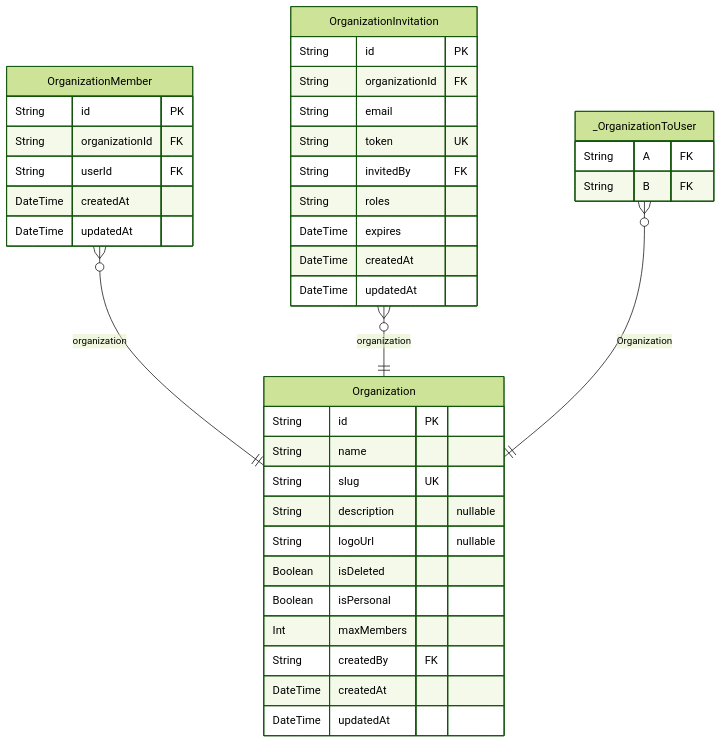
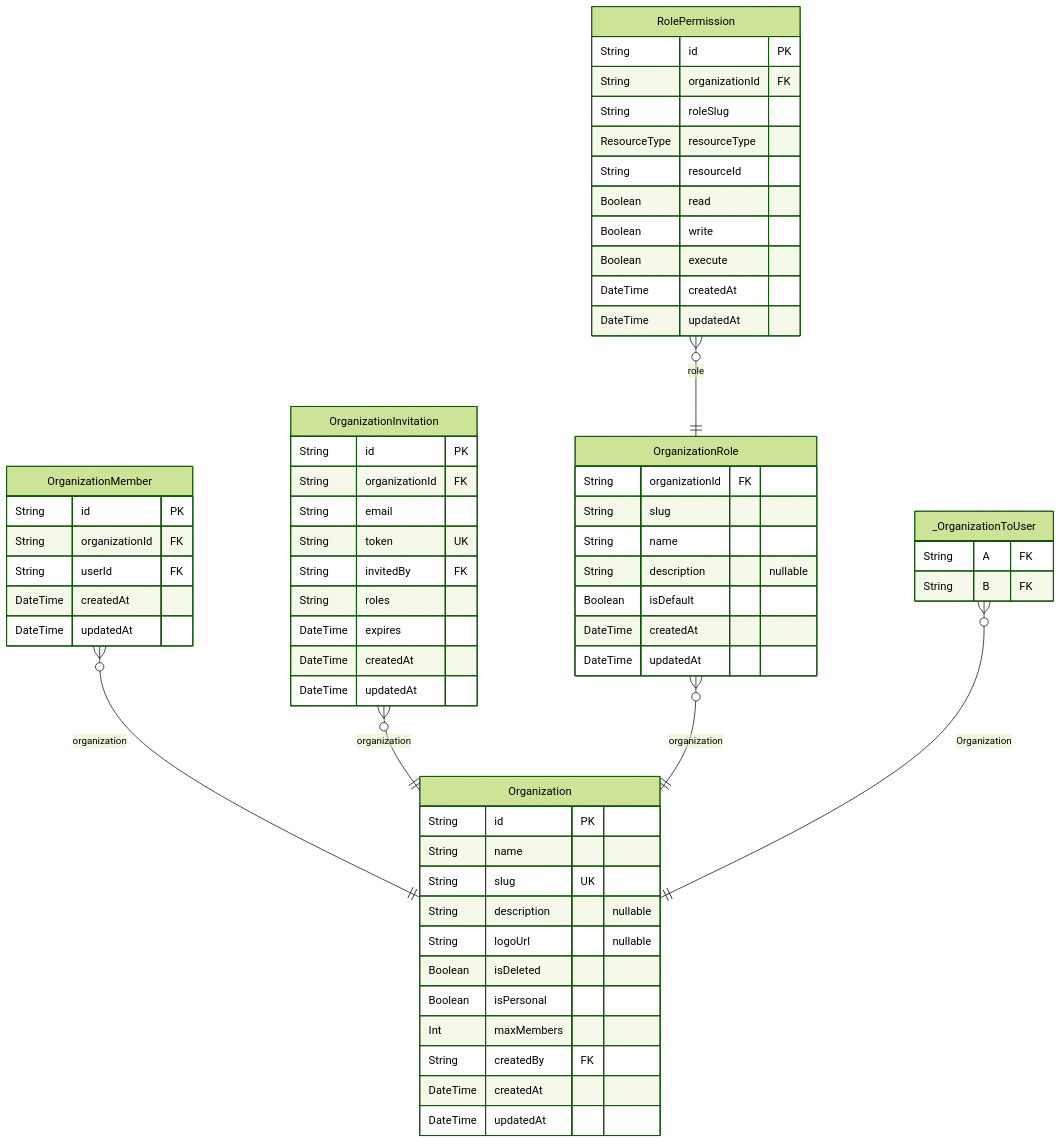
One commit to rayven122/tumiki changed the fourth of 8 diagrams in packages/db/prisma/README.md. Above: the diagram before and after it, drawn with Mermaid (forest theme). The commit also changed other lines of this file and 3 other files, not shown here.

````diff
--- a/packages/db/prisma/README.md
+++ b/packages/db/prisma/README.md
@@ -258,41 +258,64 @@
 ```mermaid
 erDiagram
 "Organization" {
   String id PK
   String name
   String slug UK
   String description "nullable"
   String logoUrl "nullable"
   Boolean isDeleted
   Boolean isPersonal
   Int maxMembers
   String createdBy FK
   DateTime createdAt
   DateTime updatedAt
 }
 "OrganizationMember" {
   String id PK
   String organizationId FK
   String userId FK
   DateTime createdAt
   DateTime updatedAt
 }
 "OrganizationInvitation" {
   String id PK
   String organizationId FK
   String email
   String token UK
   String invitedBy FK
   String roles
   DateTime expires
   DateTime createdAt
   DateTime updatedAt
 }
+"OrganizationRole" {
+  String organizationId FK
+  String slug
+  String name
+  String description "nullable"
+  Boolean isDefault
+  DateTime createdAt
+  DateTime updatedAt
+}
+"RolePermission" {
+  String id PK
+  String organizationId FK
+  String roleSlug
+  ResourceType resourceType
+  String resourceId
+  Boolean read
+  Boolean write
+  Boolean execute
+  DateTime createdAt
+  DateTime updatedAt
+}
 "_OrganizationToUser" {
   String A FK
   String B FK
 }
 "OrganizationMember" }o--|| "Organization" : organization
 "OrganizationInvitation" }o--|| "Organization" : organization
+"OrganizationRole" }o--|| "Organization" : organization
+"RolePermission" }o--|| "OrganizationRole" : role
 "_OrganizationToUser" }o--|| "Organization" : Organization
 ```
````
